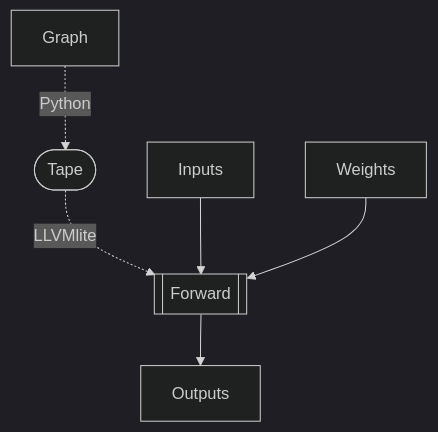
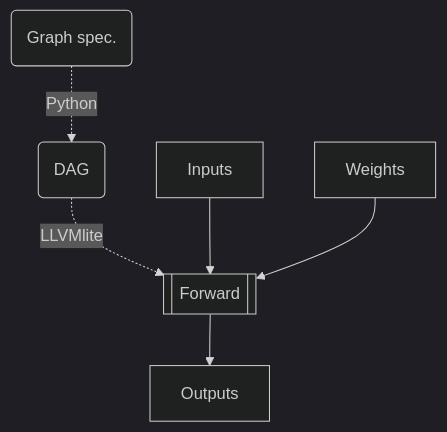
Before and after one commit to lfrati/lldag: the diagram in README.md, drawn with Mermaid (dark theme). The commit also changed other lines of this file, not shown here.

````diff
--- a/README.md
+++ b/README.md
@@ -5,8 +16,8 @@
 ```mermaid
 graph TD
-    Graph -.->|Python| Tape([Tape])
-    Tape -.->|LLVMlite| Forward
+    Graph(Graph spec.) -.->|Python| Compiled(DAG)
+    Compiled -.->|LLVMlite| Forward
     Inputs --> Forward[[Forward]]
     Weights --> Forward
     Forward --> Outputs
 ```
````
